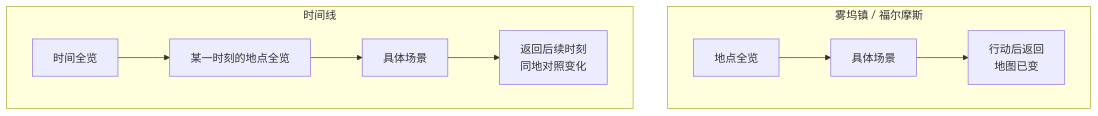
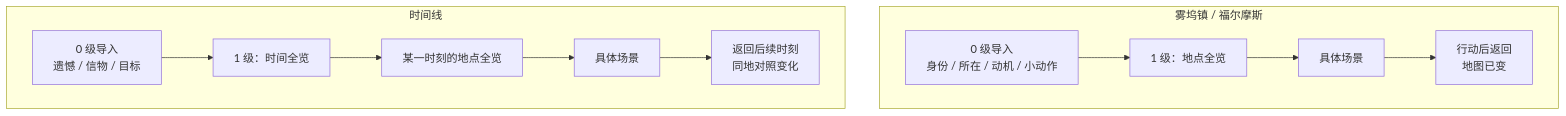
One commit to LudicDynamics/hackathon changed the third of 9 diagrams in docs/doc-24-五世界可玩Demo体验设计.md. Above: the diagram before and after it, drawn with Mermaid. The commit also changed other lines of this file and 2 other files, not shown here.

Commit message:
docs: 补齐零级导入与主视图层级

````diff
--- a/docs/doc-24-五世界可玩Demo体验设计.md
+++ b/docs/doc-24-五世界可玩Demo体验设计.md
@@ -110,12 +112,14 @@
 ```mermaid
 flowchart TB
     subgraph LOCATION["雾坞镇 / 福尔摩斯"]
-        L1["地点全览"] --> L2["具体场景"]
+        L0["0 级导入<br/>身份 / 所在 / 动机 / 小动作"] --> L1["1 级：地点全览"]
+        L1 --> L2["具体场景"]
         L2 --> L3["行动后返回<br/>地图已变"]
     end
     subgraph TIME["时间线"]
-        T1["时间全览"] --> T2["某一时刻的地点全览"]
+        T0["0 级导入<br/>遗憾 / 信物 / 目标"] --> T1["1 级：时间全览"]
+        T1 --> T2["某一时刻的地点全览"]
         T2 --> T3["具体场景"]
         T3 --> T4["返回后续时刻<br/>同地对照变化"]
     end
 ```
````
